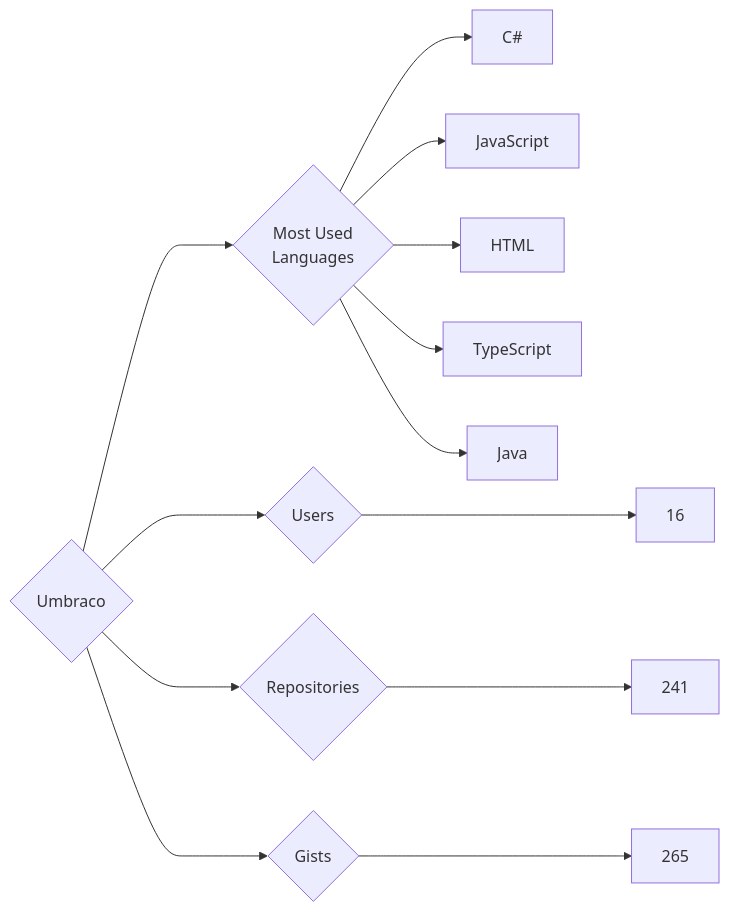
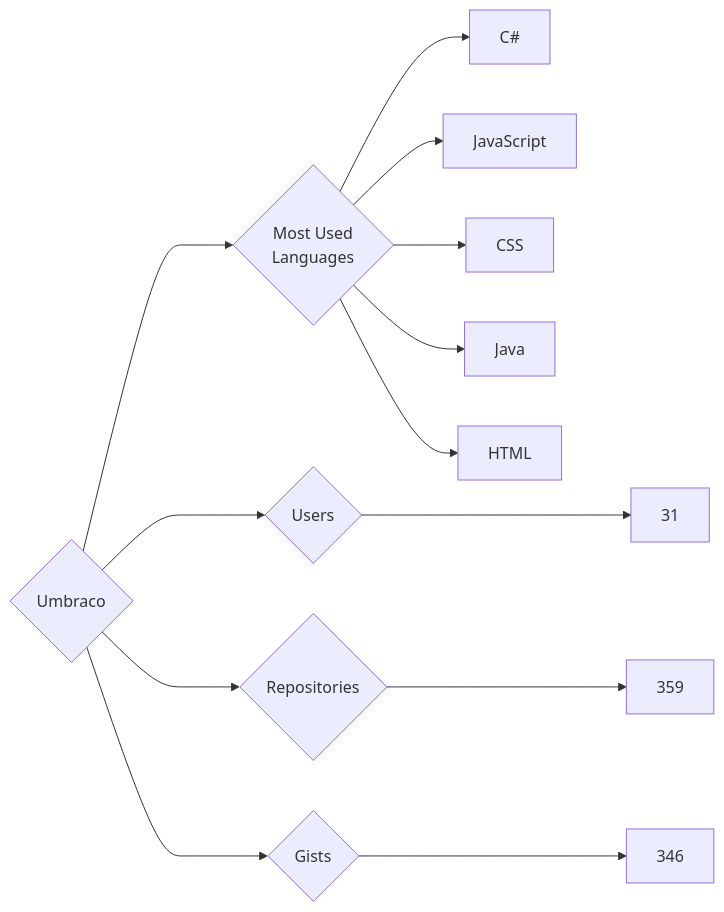
One commit to trickest/insiders changed the diagram in targets/Umbraco/README.md. Above: the diagram before and after it, drawn with Mermaid. The commit also changed 965 other files, not shown here.

````diff
--- a/targets/Umbraco/README.md
+++ b/targets/Umbraco/README.md
@@ -3,13 +3,13 @@
 ```mermaid
 graph LR
 COMPANY_NAME{Umbraco}
-COMPANY_NAME ---> U{Users} ---> UN[16]
-COMPANY_NAME ---> R{Repositories} ---> RN[241]
-COMPANY_NAME ---> G{Gists} ---> GN[265]
+COMPANY_NAME ---> U{Users} ---> UN[31]
+COMPANY_NAME ---> R{Repositories} ---> RN[359]
+COMPANY_NAME ---> G{Gists} ---> GN[346]
 COMPANY_NAME ---> ML{Most Used<br>Languages}
 ML --> C#[C#]
 ML --> JavaScript[JavaScript]
+ML --> CSS[CSS]
+ML --> Java[Java]
 ML --> HTML[HTML]
-ML --> TypeScript[TypeScript]
-ML --> Java[Java]
 ```
````
